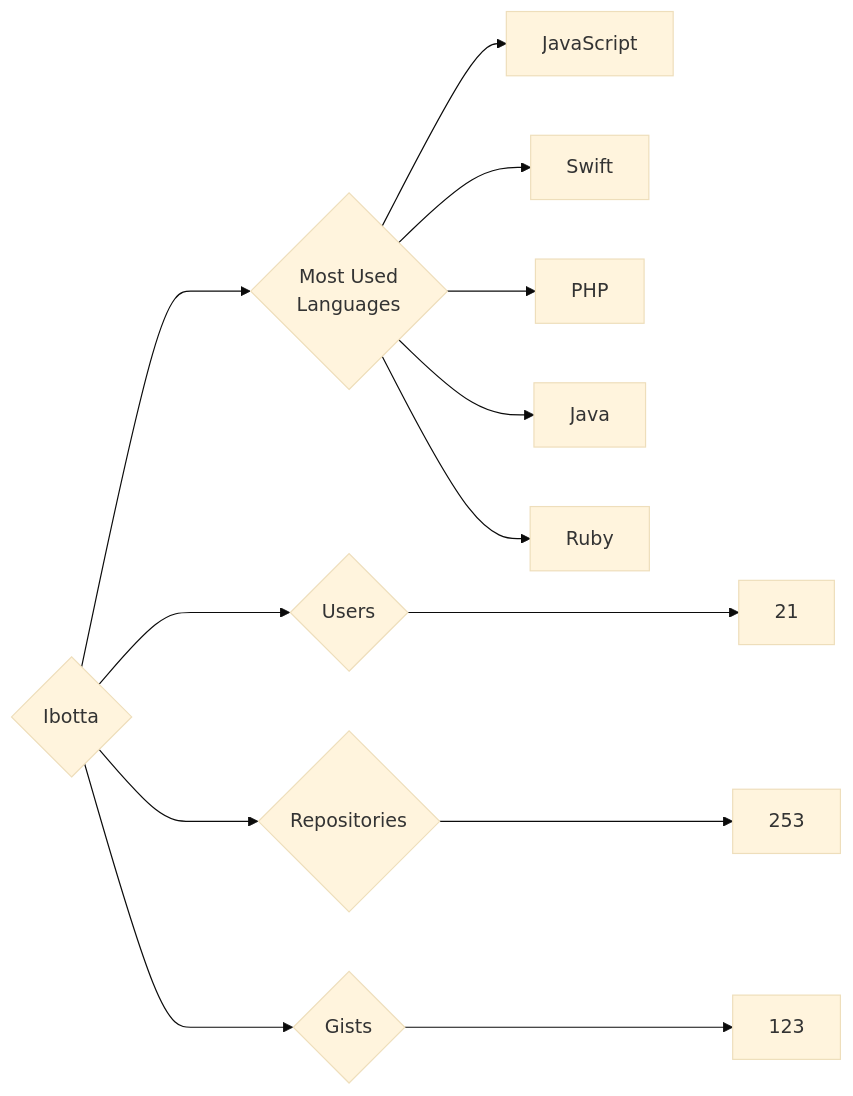
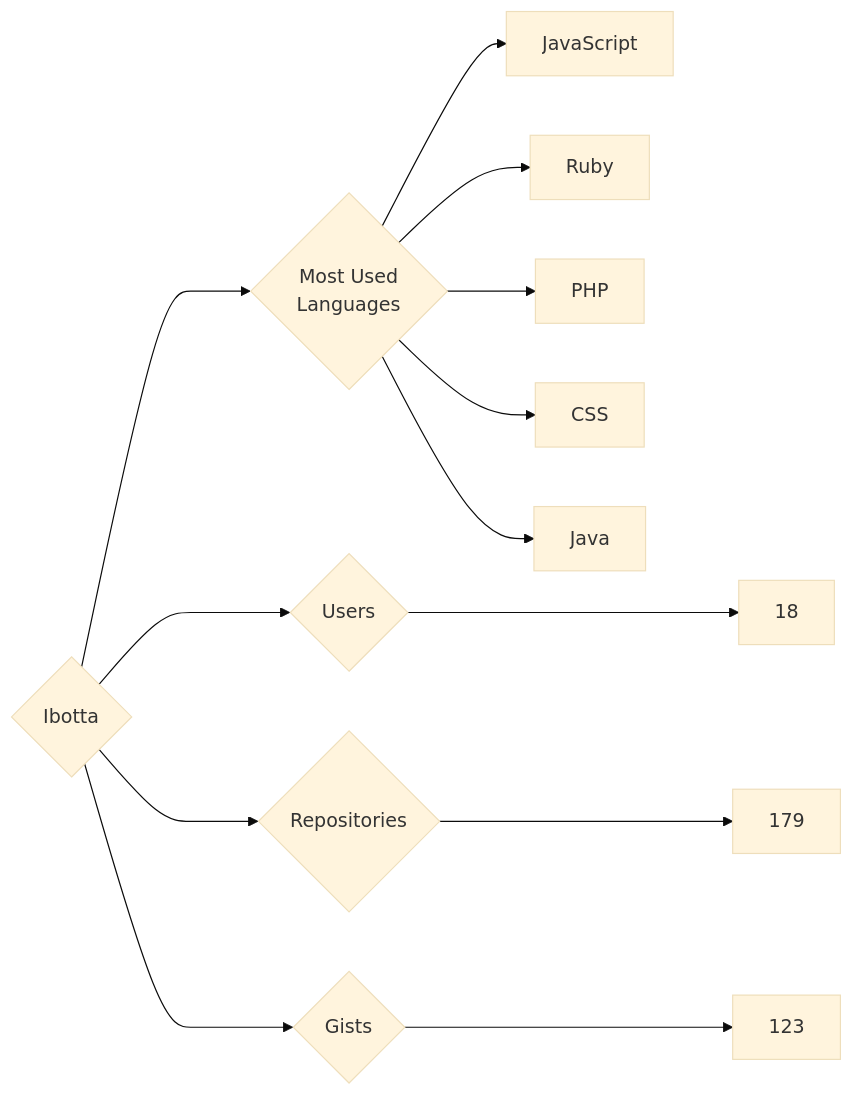
Before and after one commit to trickest/insiders: the diagram in targets/Ibotta/README.md, drawn with Mermaid (base theme). The commit also changed 681 other files, not shown here.

````diff
--- a/targets/Ibotta/README.md
+++ b/targets/Ibotta/README.md
@@ -3,13 +3,13 @@
 ```mermaid
 graph LR
 COMPANY_NAME{Ibotta}
-COMPANY_NAME ---> U{Users} ---> UN[21]
-COMPANY_NAME ---> R{Repositories} ---> RN[253]
+COMPANY_NAME ---> U{Users} ---> UN[18]
+COMPANY_NAME ---> R{Repositories} ---> RN[179]
 COMPANY_NAME ---> G{Gists} ---> GN[123]
 COMPANY_NAME ---> ML{Most Used<br>Languages}
 ML --> JavaScript[JavaScript]
-ML --> Swift[Swift]
+ML --> Ruby[Ruby]
 ML --> PHP[PHP]
+ML --> CSS[CSS]
 ML --> Java[Java]
-ML --> Ruby[Ruby]
 ```
````
